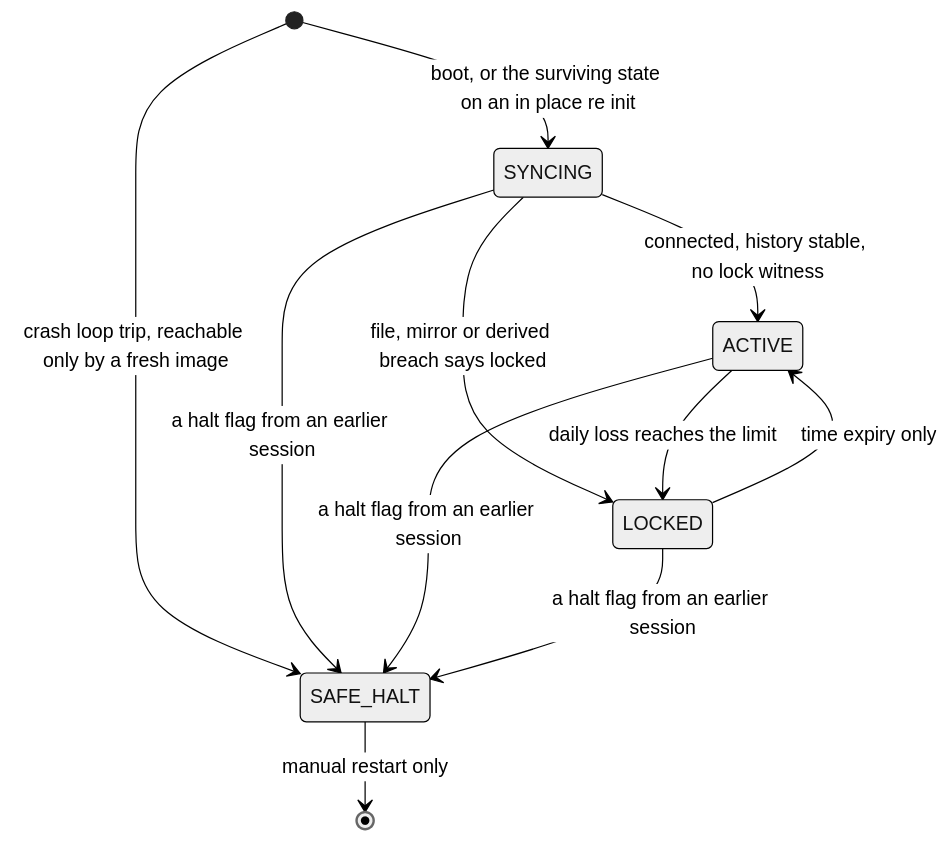
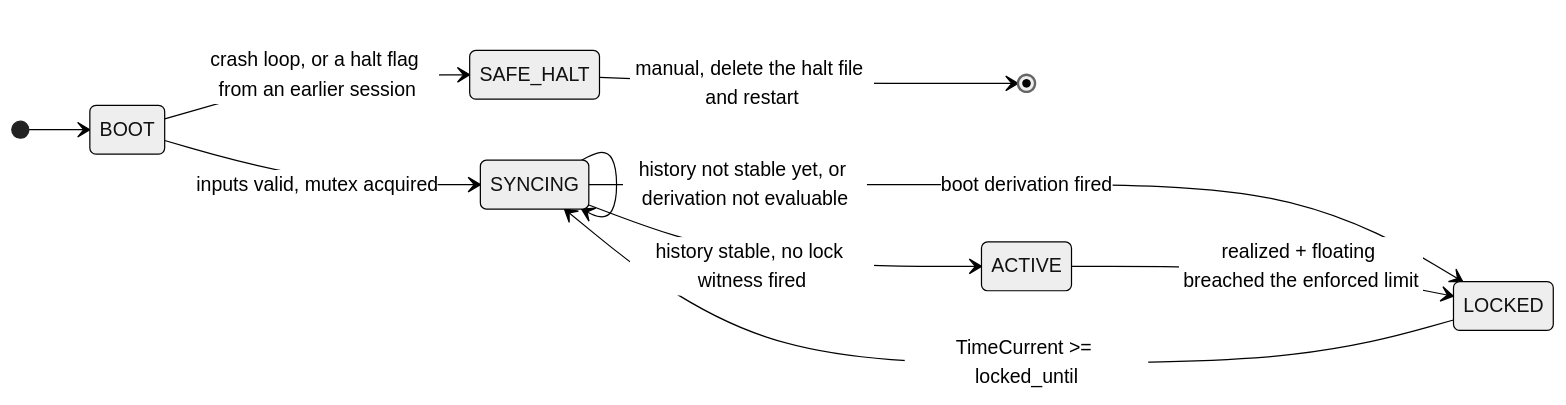
Before and after one commit to www8351/Account_Guardian: the first of 4 diagrams in README.md, drawn with Mermaid (neutral theme). The commit also changed other lines of this file, not shown here.

````diff
--- a/README.md
+++ b/README.md
@@ -131,13 +43,13 @@
 ```mermaid
 stateDiagram-v2
-    [*] --> SYNCING: boot, or the surviving state on an in place re init
-    [*] --> SAFE_HALT: crash loop trip, reachable only by a fresh image
-    SYNCING --> ACTIVE: connected, history stable, no lock witness
-    SYNCING --> LOCKED: file, mirror or derived breach says locked
-    ACTIVE --> LOCKED: daily loss reaches the limit
-    LOCKED --> ACTIVE: time expiry only
-    SYNCING --> SAFE_HALT: a halt flag from an earlier session
-    ACTIVE --> SAFE_HALT: a halt flag from an earlier session
-    LOCKED --> SAFE_HALT: a halt flag from an earlier session
-    SAFE_HALT --> [*]: manual restart only
+    direction LR
+    [*] --> BOOT
+    BOOT --> SYNCING: inputs valid, mutex acquired
+    BOOT --> SAFE_HALT: crash loop, or a halt flag from an earlier session
+    SYNCING --> SYNCING: history not stable yet, or derivation not evaluable
+    SYNCING --> ACTIVE: history stable, no lock witness fired
+    SYNCING --> LOCKED: boot derivation fired
+    ACTIVE --> LOCKED: realized + floating breached the enforced limit
+    LOCKED --> SYNCING: TimeCurrent >= locked_until
+    SAFE_HALT --> [*]: manual, delete the halt file and restart
 ```
````
